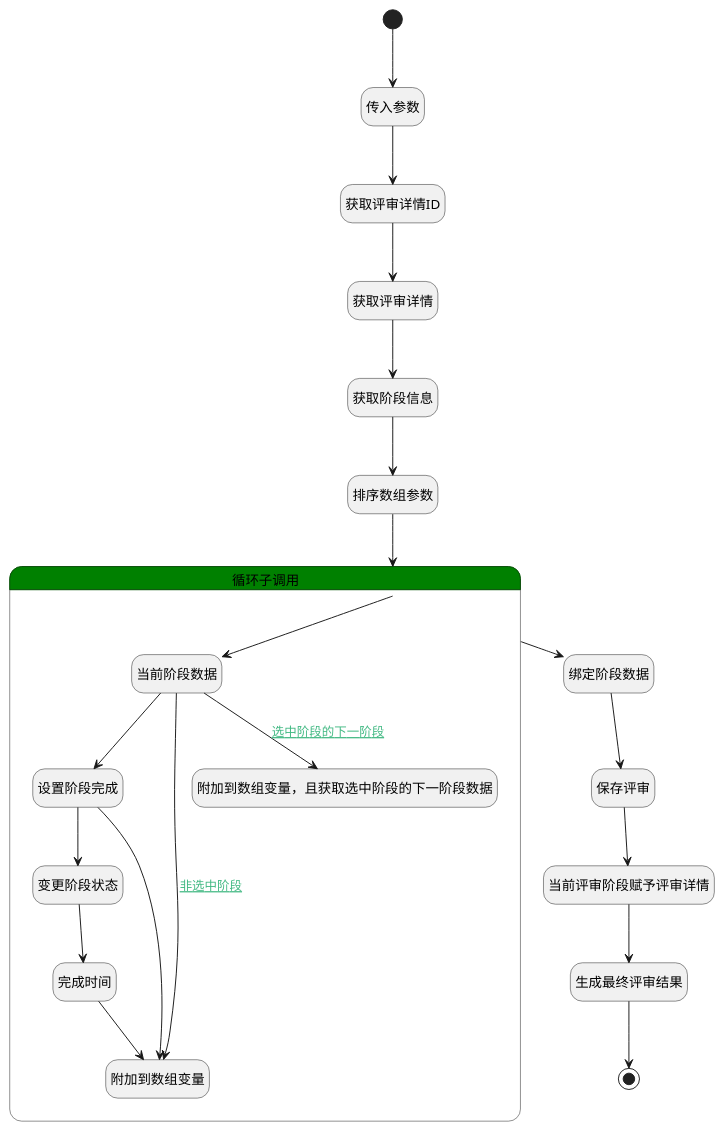
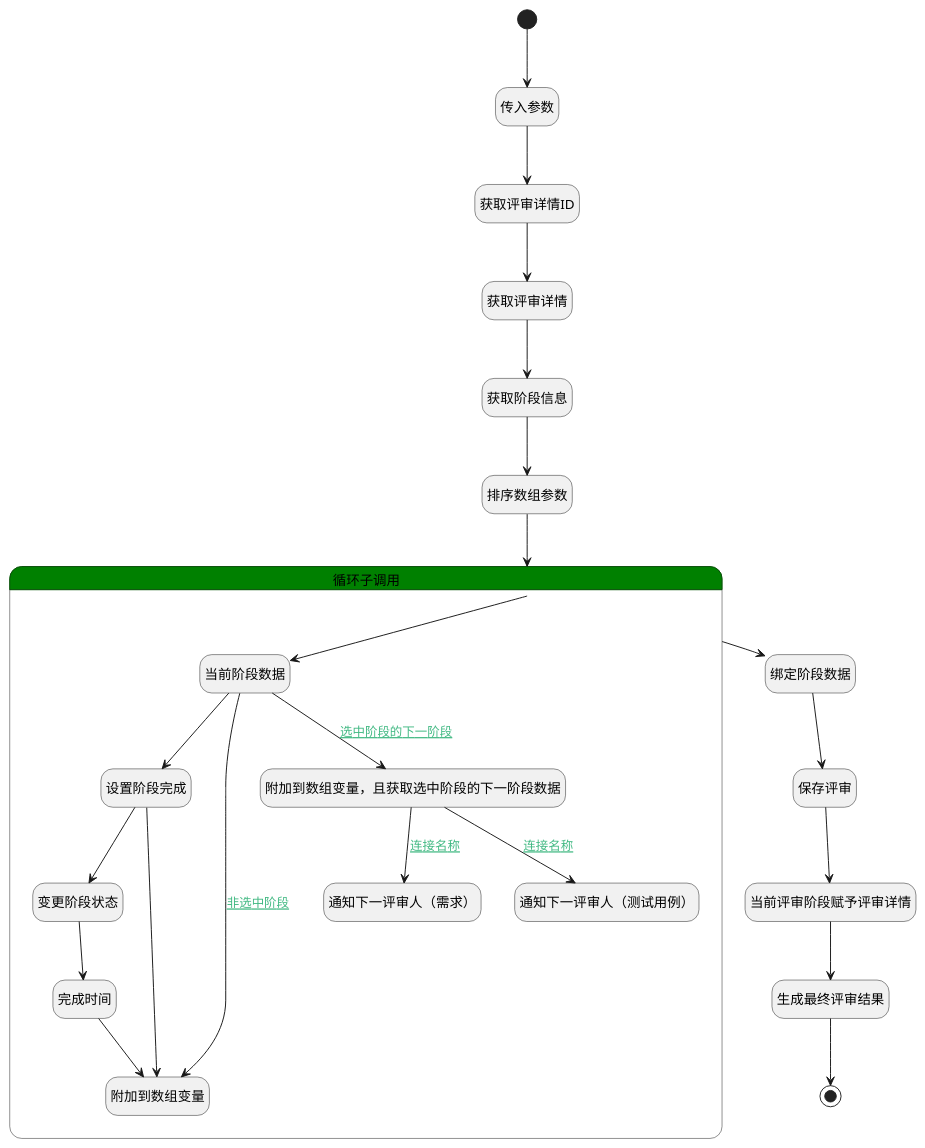
One commit to iBizLab/plm changed the diagram in doc/docsify/module/TestMgmt/review_content/logic/complete_review.md. Above: the diagram before and after it, drawn with PlantUML. The commit also changed other lines of this file and 799 other files, not shown here.

````diff
--- a/doc/docsify/module/TestMgmt/review_content/logic/complete_review.md
+++ b/doc/docsify/module/TestMgmt/review_content/logic/complete_review.md
@@ -7,54 +7,58 @@
 ```plantuml
 @startuml
 hide empty description
 <style>
 root {
   HyperlinkColor #42b983
 }
 </style>
 
 hide empty description
 state "开始" as Begin <<start>> [[$./complete_review#begin {"开始"}]]
 state "结束" as END1 <<end>> [[$./complete_review#end1 {"结束"}]]
 state "传入参数" as DEBUGPARAM1  [[$./complete_review#debugparam1 {"传入参数"}]]
 state "获取评审详情ID" as PREPAREPARAM1  [[$./complete_review#prepareparam1 {"获取评审详情ID"}]]
 state "获取评审详情" as DEACTION1  [[$./complete_review#deaction1 {"获取评审详情"}]]
 state "获取阶段信息" as PREPAREPARAM2  [[$./complete_review#prepareparam2 {"获取阶段信息"}]]
 state "排序数组参数" as SORTPARAM1  [[$./complete_review#sortparam1 {"排序数组参数"}]]
 state "绑定阶段数据" as PREPAREPARAM5  [[$./complete_review#prepareparam5 {"绑定阶段数据"}]]
 state "保存评审" as DEACTION2  [[$./complete_review#deaction2 {"保存评审"}]]
 state "当前评审阶段赋予评审详情" as PREPAREPARAM7  [[$./complete_review#prepareparam7 {"当前评审阶段赋予评审详情"}]]
 state "生成最终评审结果" as DELOGIC1  [[$./complete_review#delogic1 {"生成最终评审结果"}]]
 state "循环子调用" as LOOPSUBCALL1  [[$./complete_review#loopsubcall1 {"循环子调用"}]] #green {
 state "当前阶段数据" as DEBUGPARAM2  [[$./complete_review#debugparam2 {"当前阶段数据"}]]
 state "设置阶段完成" as PREPAREPARAM3  [[$./complete_review#prepareparam3 {"设置阶段完成"}]]
 state "变更阶段状态" as PREPAREPARAM6  [[$./complete_review#prepareparam6 {"变更阶段状态"}]]
 state "完成时间" as RAWSFCODE1  [[$./complete_review#rawsfcode1 {"完成时间"}]]
 state "附加到数组变量" as PREPAREPARAM4  [[$./complete_review#prepareparam4 {"附加到数组变量"}]]
 state "附加到数组变量，且获取选中阶段的下一阶段数据" as PREPAREPARAM8  [[$./complete_review#prepareparam8 {"附加到数组变量，且获取选中阶段的下一阶段数据"}]]
+state "通知下一评审人（需求）" as DENOTIFY1  [[$./complete_review#denotify1 {"通知下一评审人（需求）"}]]
+state "通知下一评审人（测试用例）" as DENOTIFY2  [[$./complete_review#denotify2 {"通知下一评审人（测试用例）"}]]
 }
 
 
 Begin --> DEBUGPARAM1
 DEBUGPARAM1 --> PREPAREPARAM1
 PREPAREPARAM1 --> DEACTION1
 DEACTION1 --> PREPAREPARAM2
 PREPAREPARAM2 --> SORTPARAM1
 SORTPARAM1 --> LOOPSUBCALL1
 LOOPSUBCALL1 --> PREPAREPARAM5
 PREPAREPARAM5 --> DEACTION2
 DEACTION2 --> PREPAREPARAM7
 PREPAREPARAM7 --> DELOGIC1
 DELOGIC1 --> END1
 LOOPSUBCALL1 --> DEBUGPARAM2
 DEBUGPARAM2 --> PREPAREPARAM3
 PREPAREPARAM3 --> PREPAREPARAM6
 PREPAREPARAM6 --> RAWSFCODE1
 RAWSFCODE1 --> PREPAREPARAM4
 PREPAREPARAM3 --> PREPAREPARAM4
 DEBUGPARAM2 --> PREPAREPARAM4 : [[$./complete_review#debugparam2-prepareparam4{非选中阶段} 非选中阶段]]
 DEBUGPARAM2 --> PREPAREPARAM8 : [[$./complete_review#debugparam2-prepareparam8{选中阶段的下一阶段} 选中阶段的下一阶段]]
+PREPAREPARAM8 --> DENOTIFY1 : [[$./complete_review#prepareparam8-denotify1{连接名称} 连接名称]]
+PREPAREPARAM8 --> DENOTIFY2 : [[$./complete_review#prepareparam8-denotify2{连接名称} 连接名称]]
 
 
 @enduml
 ```
````
